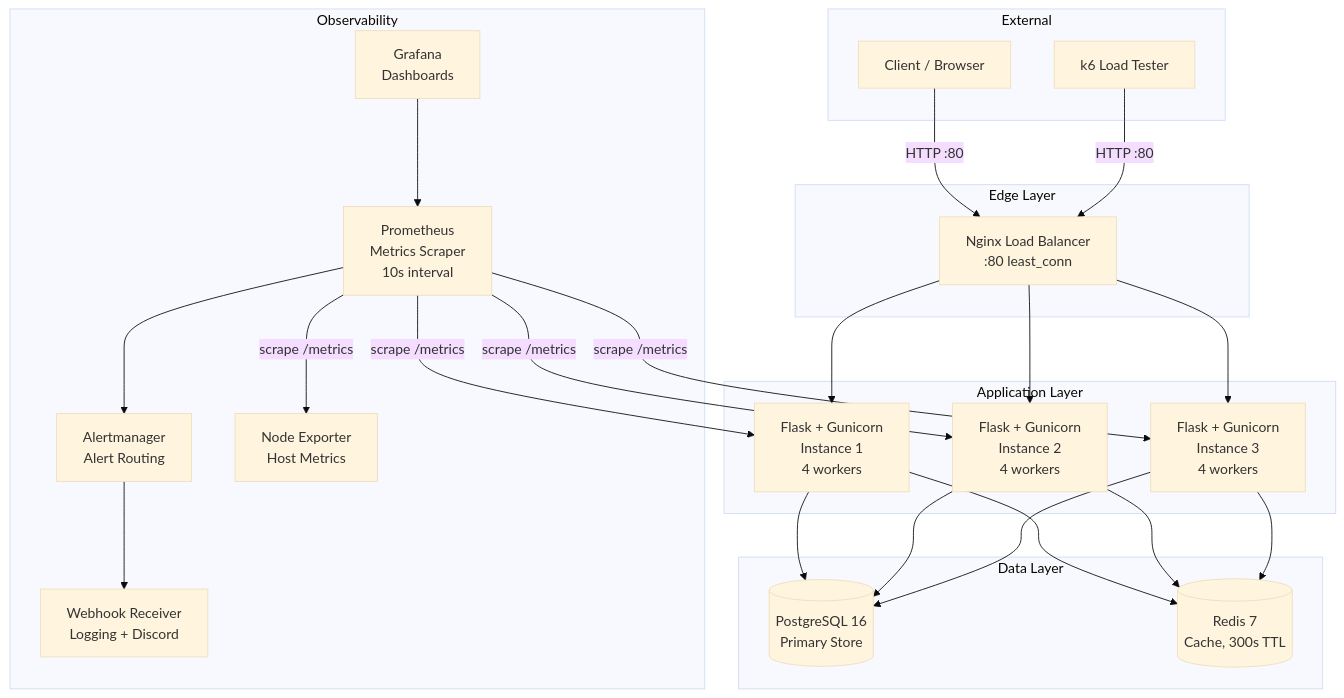
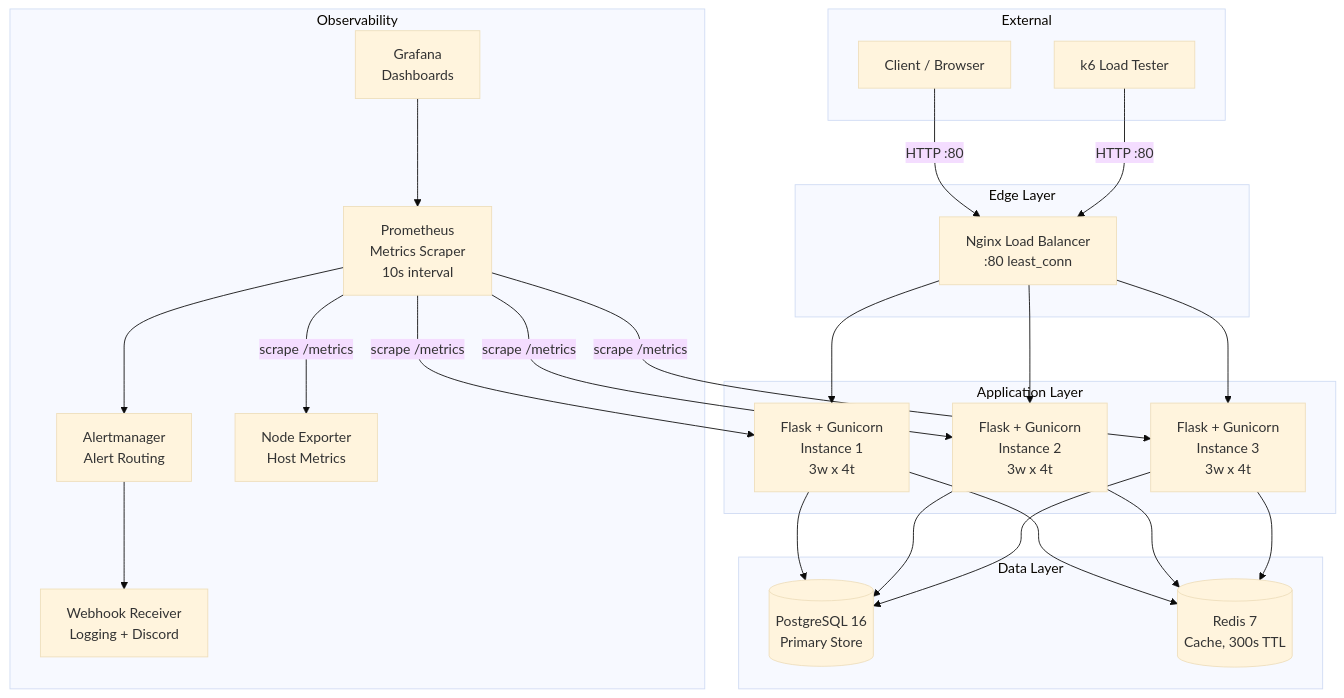
One commit to ElijahUmana/pe-hackathon changed the first of 2 diagrams in docs/architecture.md. Above: the diagram before and after it, drawn with Mermaid (base theme). The commit also changed other lines of this file and 5 other files, not shown here.

````diff
--- a/docs/architecture.md
+++ b/docs/architecture.md
@@ -5,51 +5,51 @@
 ```mermaid
 graph TB
     subgraph "External"
         Client[Client / Browser]
         K6[k6 Load Tester]
     end
 
     subgraph "Edge Layer"
         Nginx[Nginx Load Balancer<br/>:80 least_conn]
     end
 
     subgraph "Application Layer"
-        App1[Flask + Gunicorn<br/>Instance 1<br/>4 workers]
-        App2[Flask + Gunicorn<br/>Instance 2<br/>4 workers]
-        App3[Flask + Gunicorn<br/>Instance 3<br/>4 workers]
+        App1[Flask + Gunicorn<br/>Instance 1<br/>3w x 4t]
+        App2[Flask + Gunicorn<br/>Instance 2<br/>3w x 4t]
+        App3[Flask + Gunicorn<br/>Instance 3<br/>3w x 4t]
     end
 
     subgraph "Data Layer"
         PG[(PostgreSQL 16<br/>Primary Store)]
         Redis[(Redis 7<br/>Cache, 300s TTL)]
     end
 
     subgraph "Observability"
         Prom[Prometheus<br/>Metrics Scraper<br/>10s interval]
         Grafana[Grafana<br/>Dashboards]
         AM[Alertmanager<br/>Alert Routing]
         NE[Node Exporter<br/>Host Metrics]
         WH[Webhook Receiver<br/>Logging + Discord]
     end
 
     Client -->|HTTP :80| Nginx
     K6 -->|HTTP :80| Nginx
     Nginx --> App1
     Nginx --> App2
     Nginx --> App3
 
     App1 --> PG
     App2 --> PG
     App3 --> PG
     App1 --> Redis
     App2 --> Redis
     App3 --> Redis
 
     Prom -->|scrape /metrics| App1
     Prom -->|scrape /metrics| App2
     Prom -->|scrape /metrics| App3
     Prom -->|scrape /metrics| NE
     Prom --> AM
     AM --> WH
     Grafana --> Prom
 ```
````
